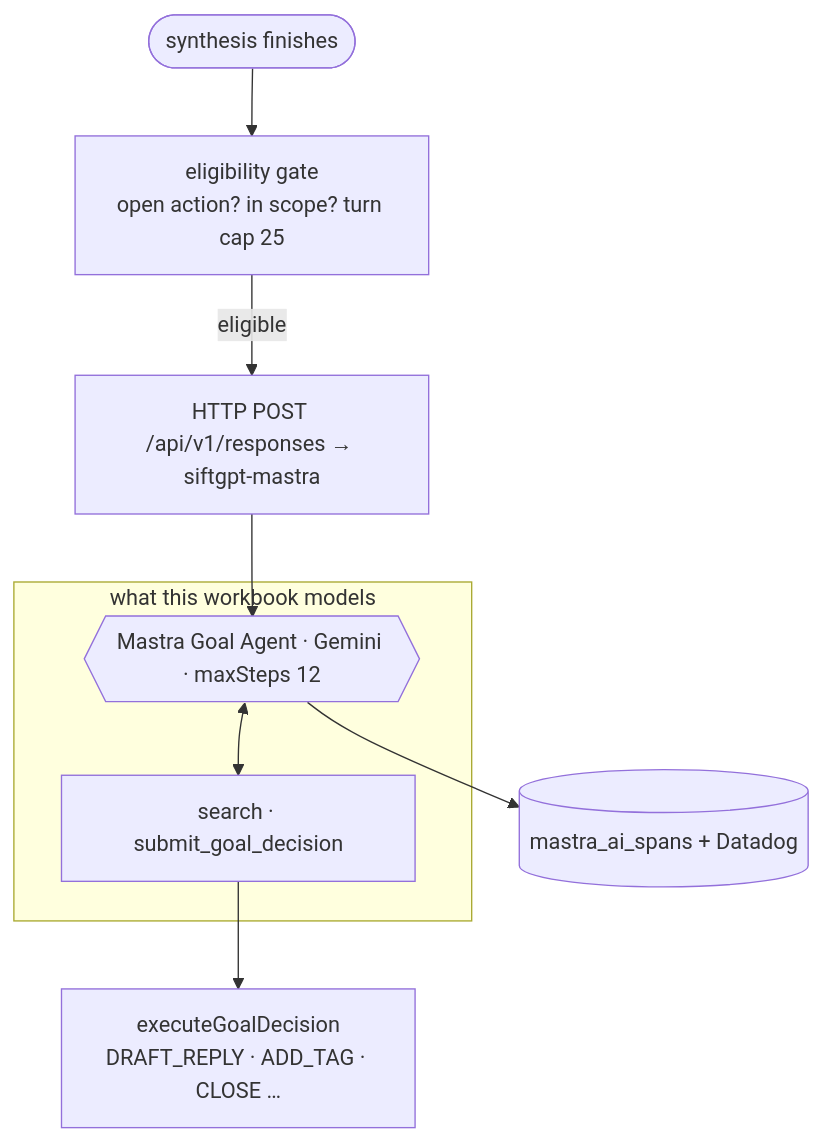
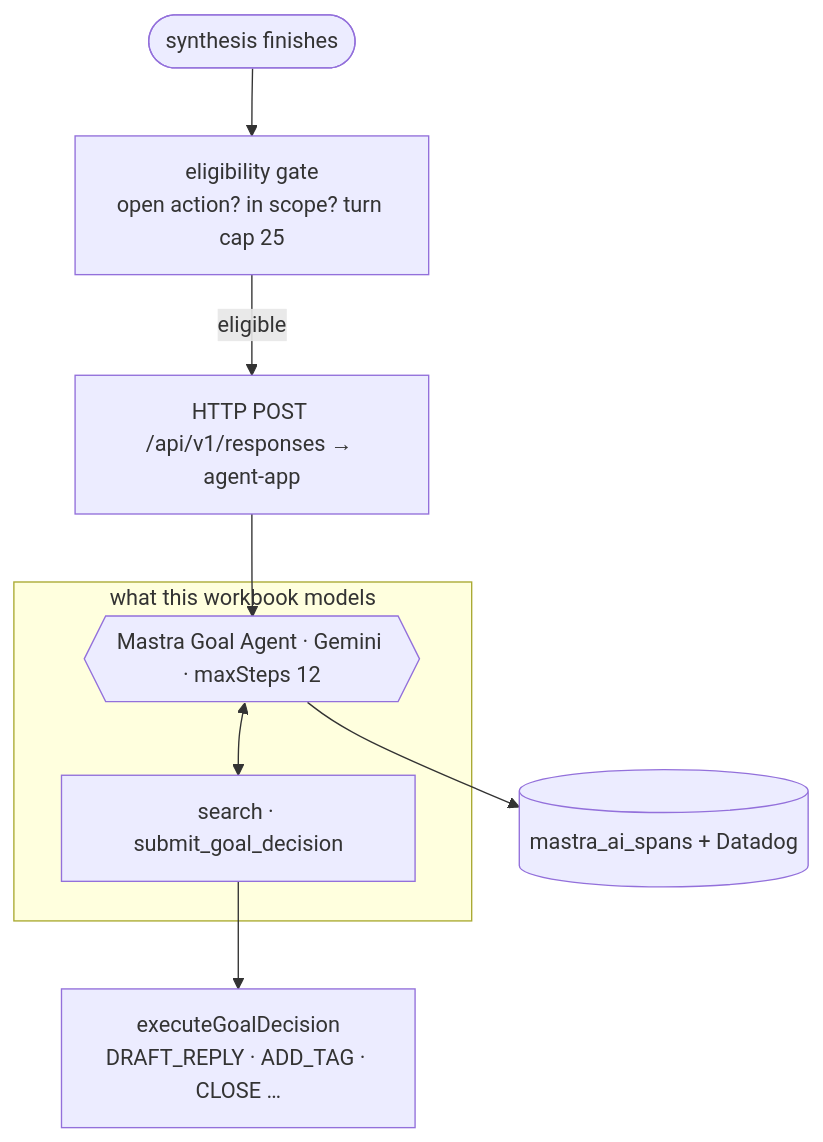
One commit to Ayush2k02/goal-agent-workbook changed the third of 3 diagrams in README.md. Above: the diagram before and after it, drawn with Mermaid. The commit also changed other lines of this file and 11 other files, not shown here.

````diff
--- a/README.md
+++ b/README.md
@@ -205,13 +205,13 @@
 ```mermaid
 flowchart TD
   SYN([synthesis finishes]) --> TRIG[eligibility gate<br/>open action? in scope? turn cap 25]
-  TRIG -- eligible --> INV[HTTP POST /api/v1/responses → siftgpt-mastra]
+  TRIG -- eligible --> INV[HTTP POST /api/v1/responses → agent-app]
   subgraph CORE [what this workbook models]
     AG{{Mastra Goal Agent · Gemini · maxSteps 12}}
     TOOLS[search · submit_goal_decision]
     AG <--> TOOLS
   end
   INV --> AG
   TOOLS --> ACT[executeGoalDecision<br/>DRAFT_REPLY · ADD_TAG · CLOSE …]
   AG --> SPANS[(mastra_ai_spans + Datadog)]
 ```
````
